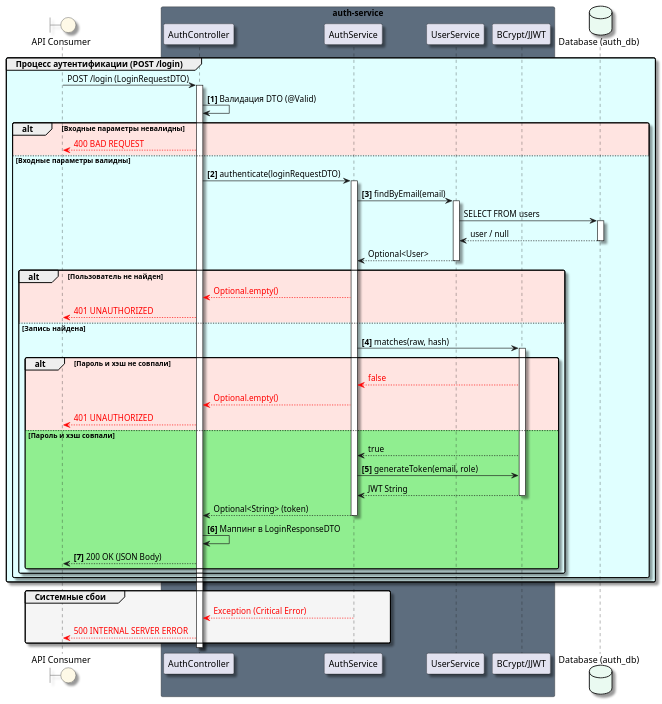
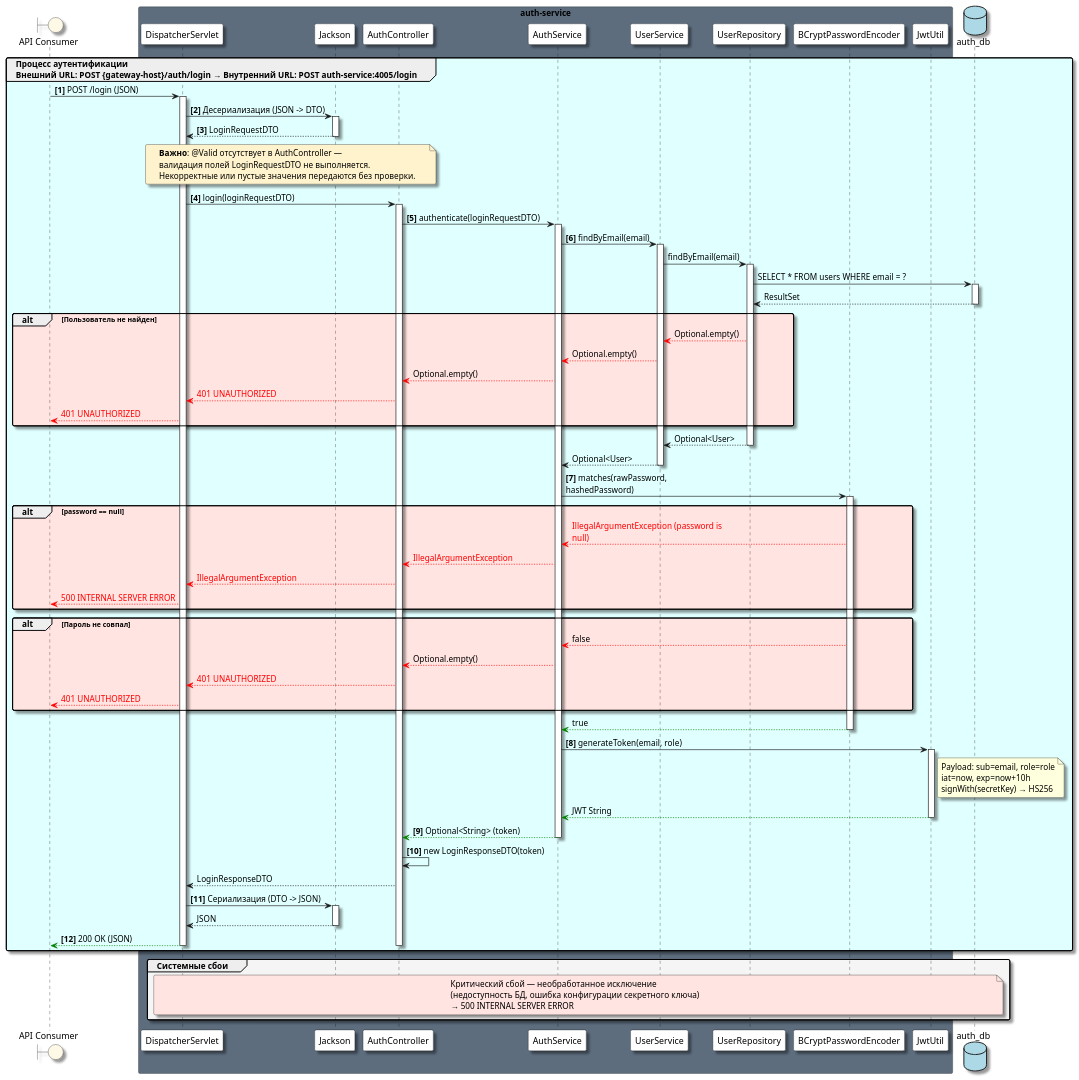
Before and after one commit to ni1a207/Healthcare-System: the diagram in Docs/As-is/Diagrams/POST.login.puml, drawn with PlantUML. The commit also changed 5 other files, not shown here.

```diff
--- a/Docs/As-is/Diagrams/POST.login.puml
+++ b/Docs/As-is/Diagrams/POST.login.puml
@@ -1,74 +1,89 @@
 @startuml
 skinparam Shadowing true
 skinparam RoundCorner 5
 skinparam MaxMessageSize 250
 
 boundary "API Consumer" as AC #FEF9E7
 
 box "auth-service" #5D6D7E
-    participant "AuthController" as Ctrl
-    participant "AuthService" as Service
-    participant "UserService" as USrv
-    participant "BCrypt/JJWT" as Utils
+    participant "DispatcherServlet" as DS #White
+    participant "Jackson" as Jackson #White
+    participant "AuthController" as Ctrl #White
+    participant "AuthService" as Service #White
+    participant "UserService" as USrv #White
+    participant "UserRepository" as Repo #White
+    participant "BCryptPasswordEncoder" as BCrypt #White
+    participant "JwtUtil" as Jwt #White
 end box
 
-database "Database (auth_db)" as DB #EAFAF1
+database "auth_db" as DB #LightBlue
 
-group #LightCyan Процесс аутентификации (POST /login)
-    AC -> Ctrl: POST /login (LoginRequestDTO)
-    activate Ctrl
+group #LightCyan Процесс аутентификации\nВнешний URL: POST {gateway-host}/auth/login → Внутренний URL: POST auth-service:4005/login
 
-    Ctrl -> Ctrl: **[1]** Валидация DTO (@Valid)
+    AC -> DS ++: **[1]** POST /login (JSON)
+    DS -> Jackson ++: **[2]** Десериализация (JSON -> DTO)
+    Jackson --> DS --: **[3]** LoginRequestDTO
 
-    alt #MistyRose Входные параметры невалидны
-        Ctrl --[#red]> AC: <color:#red>400 BAD REQUEST</color>
-    else #LightCyan Входные параметры валидны
+    note over DS, Ctrl #FFF3CD: **Важно**: @Valid отсутствует в AuthController —\nвалидация полей LoginRequestDTO не выполняется.\nНекорректные или пустые значения передаются без проверки.
 
-        Ctrl -> Service: **[2]** authenticate(loginRequestDTO)
-        activate Service
+    DS -> Ctrl ++: **[4]** login(loginRequestDTO)
+    Ctrl -> Service ++: **[5]** authenticate(loginRequestDTO)
+    Service -> USrv ++: **[6]** findByEmail(email)
+    USrv -> Repo ++: findByEmail(email)
+    Repo -> DB ++: SELECT * FROM users WHERE email = ?
+    DB --> Repo --: ResultSet
 
-        Service -> USrv: **[3]** findByEmail(email)
-        activate USrv
-        USrv -> DB: SELECT FROM users
-        activate DB
-        DB --> USrv: user / null
-        deactivate DB
-        USrv --> Service: Optional<User>
-        deactivate USrv
+    alt #MistyRose Пользователь не найден
+        Repo --[#red]> USrv: Optional.empty()
+        USrv --[#red]> Service: Optional.empty()
+        Service --[#red]> Ctrl: Optional.empty()
+        Ctrl --[#red]> DS: <color:#red>401 UNAUTHORIZED</color>
+        DS --[#red]> AC: <color:#red>401 UNAUTHORIZED</color>
+    end
 
-        alt #MistyRose Пользователь не найден
-            Service --[#red]>  Ctrl: <color:#red>Optional.empty()</color>
-            Ctrl --[#red]> AC: <color:#red>401 UNAUTHORIZED</color>
-        else #LightCyan Запись найдена
+    Repo --> USrv --: Optional<User>
+    USrv --> Service --: Optional<User>
 
-            Service -> Utils: **[4]** matches(raw, hash)
-            activate Utils
+    Service -> BCrypt ++: **[7]** matches(rawPassword, hashedPassword)
 
-            alt #MistyRose Пароль и хэш не совпали
-                Utils --[#red]>  Service: <color:#red>false</color>
-                Service --[#red]>  Ctrl: <color:#red>Optional.empty()</color>
-                Ctrl --[#red]> AC: <color:#red>401 UNAUTHORIZED</color>
-            else #LightGreen Пароль и хэш совпали
-                Utils --> Service: true
+    alt #MistyRose password == null
+         BCrypt --[#red]> Service: <color:#red>IllegalArgumentException (password is null)</color>
+                Service --[#red]> Ctrl: <color:#red>IllegalArgumentException</color>
+                Ctrl --[#red]> DS: <color:#red>IllegalArgumentException</color>
+                DS --[#red]> AC: <color:#red>500 INTERNAL SERVER ERROR</color>
+    end
 
-                Service -> Utils: **[5]** generateToken(email, role)
-                Utils --> Service: JWT String
-                deactivate Utils
+    alt #MistyRose Пароль не совпал
+        BCrypt --[#red]> Service: false
+        Service --[#red]> Ctrl: Optional.empty()
+        Ctrl --[#red]> DS: <color:#red>401 UNAUTHORIZED</color>
+        DS --[#red]> AC: <color:#red>401 UNAUTHORIZED</color>
+    end
 
-                Service --> Ctrl: Optional<String> (token)
-                deactivate Service
+    BCrypt --[#green]> Service --: true
 
-                Ctrl -> Ctrl: **[6]** Маппинг в LoginResponseDTO
-                Ctrl --> AC: **[7]** 200 OK (JSON Body)
-            end
-        end
-    end
+    Service -> Jwt ++: **[8]** generateToken(email, role)
+    note right of Jwt: Payload: sub=email, role=role\niat=now, exp=now+10h\nsignWith(secretKey) → HS256
+    Jwt --[#green]> Service --: JWT String
+
+    Service --[#green]> Ctrl --: **[9]** Optional<String> (token)
+
+    Ctrl -> Ctrl: **[10]** new LoginResponseDTO(token)
+    Ctrl --> DS: LoginResponseDTO
+
+    DS -> Jackson ++: **[11]** Сериализация (DTO -> JSON)
+    Jackson --> DS --: JSON
+
+    DS --[#green]> AC --: **[12]** 200 OK (JSON)
+    deactivate Ctrl
+    deactivate USrv
+    deactivate Repo
+    deactivate BCrypt
+
 end
 
 group #WhiteSmoke Системные сбои
-    Service --[#red]> Ctrl: <color:#red>Exception (Critical Error)</color>
-    Ctrl --[#red]> AC: <color:#red>500 INTERNAL SERVER ERROR</color>
+    note over DS, DB #FFE4E1: Критический сбой — необработанное исключение\n(недоступность БД, ошибка конфигурации секретного ключа)\n→ 500 INTERNAL SERVER ERROR
 end
 
-deactivate Ctrl
 @enduml
```
